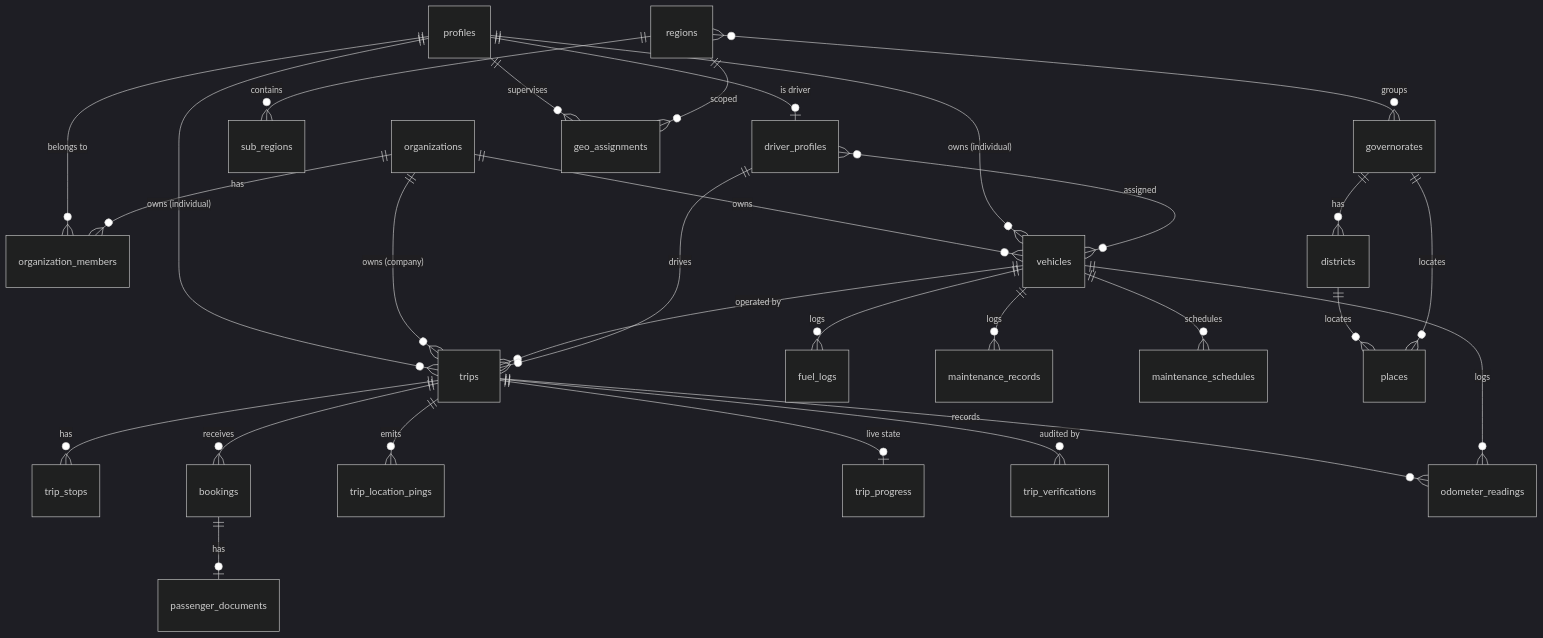
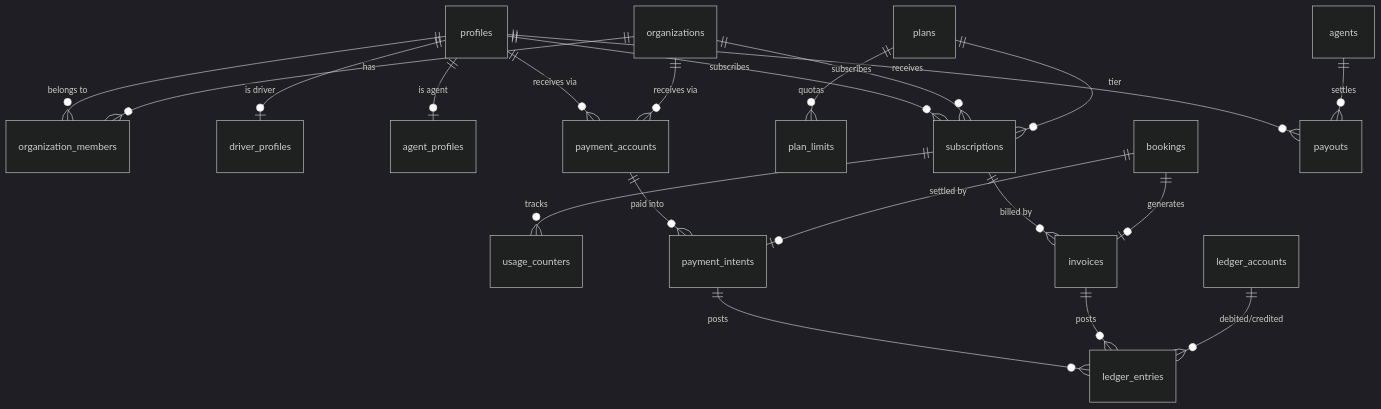
One commit to farisnoaman/maak changed the diagram in specs.md. Above: the diagram before and after it, drawn with Mermaid (dark theme). The commit also changed other lines of this file and 2 other files, not shown here.

Commit message:
docs: v1.1 spec — payments, finance, subscriptions, bilingual AR/EN; 13-phase plan

````diff
--- a/specs.md
+++ b/specs.md
@@ -87,31 +98,28 @@
 ```mermaid
 erDiagram
   profiles ||--o{ organization_members : "belongs to"
   organizations ||--o{ organization_members : has
-  organizations ||--o{ vehicles : owns
-  profiles ||--o{ vehicles : "owns (individual)"
   profiles ||--o| driver_profiles : "is driver"
-  driver_profiles }o--o{ vehicles : "assigned"
-  profiles ||--o{ trips : "owns (individual)"
-  organizations ||--o{ trips : "owns (company)"
-  vehicles ||--o{ trips : "operated by"
-  driver_profiles ||--o{ trips : drives
-  trips ||--o{ trip_stops : has
-  trips ||--o{ bookings : receives
-  trips ||--o{ trip_location_pings : emits
-  trips ||--o| trip_progress : "live state"
-  trips ||--o{ trip_verifications : "audited by"
-  bookings ||--o| passenger_documents : has
-  trips ||--o{ odometer_readings : "records"
-  vehicles ||--o{ odometer_readings : logs
-  vehicles ||--o{ fuel_logs : logs
-  vehicles ||--o{ maintenance_records : logs
-  vehicles ||--o{ maintenance_schedules : schedules
-  regions ||--o{ sub_regions : contains
-  regions }o--o{ governorates : groups
-  governorates ||--o{ districts : has
-  districts ||--o{ places : locates
-  governorates ||--o{ places : locates
-  profiles ||--o{ geo_assignments : supervises
-  regions ||--o{ geo_assignments : scoped
+  profiles ||--o| agent_profiles : "is agent"
+
+  profiles ||--o{ subscriptions : "subscribes"
+  organizations ||--o{ subscriptions : "subscribes"
+  plans ||--o{ subscriptions : "tier"
+  plans ||--o{ plan_limits : "quotas"
+  subscriptions ||--o{ usage_counters : tracks
+
+  profiles ||--o{ payment_accounts : "receives via"
+  organizations ||--o{ payment_accounts : "receives via"
+  payment_accounts ||--o{ payment_intents : "paid into"
+
+  bookings ||--o| payment_intents : "settled by"
+  subscriptions ||--o{ invoices : "billed by"
+  bookings ||--o| invoices : "generates"
+
+  payment_intents ||--o{ ledger_entries : posts
+  invoices ||--o{ ledger_entries : posts
+  ledger_accounts ||--o{ ledger_entries : "debited/credited"
+
+  profiles ||--o{ payouts : receives
+  agents ||--o{ payouts : settles
 ```
````
